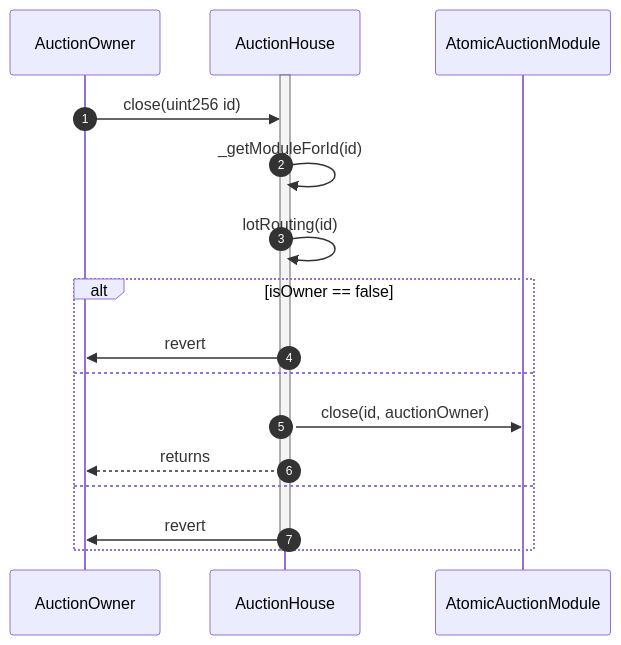
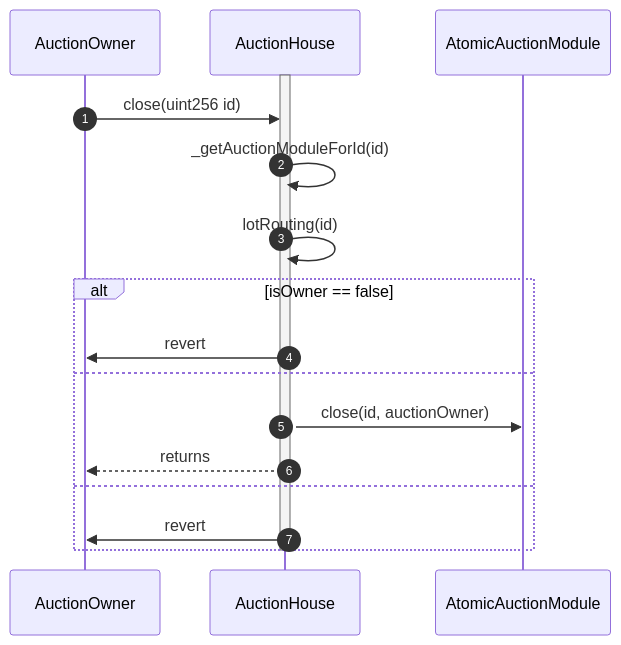
One commit to Axis-Fi/axis-core changed the fifth of 8 diagrams in design/ARCHITECTURE.md. Above: the diagram before and after it, drawn with Mermaid. The commit also changed other lines of this file and 7 other files, not shown here.

````diff
--- a/design/ARCHITECTURE.md
+++ b/design/ARCHITECTURE.md
@@ -373,24 +373,24 @@
 ```mermaid
 sequenceDiagram
   autoNumber
   participant AuctionOwner
   participant AuctionHouse
   participant AtomicAuctionModule
 
   activate AuctionHouse
     AuctionOwner->>AuctionHouse: close(uint256 id)
 
-    AuctionHouse->>AuctionHouse: _getModuleForId(id)
+    AuctionHouse->>AuctionHouse: _getAuctionModuleForId(id)
 
     AuctionHouse->>AuctionHouse: lotRouting(id)
 
     alt isOwner == false
       AuctionHouse->>AuctionOwner: revert
     else
       AuctionHouse->>AtomicAuctionModule: close(id, auctionOwner)
       AuctionHouse-->>AuctionOwner: returns
     else
       AuctionHouse->>AuctionOwner: revert
     end
   deactivate AuctionHouse
 ```
````
